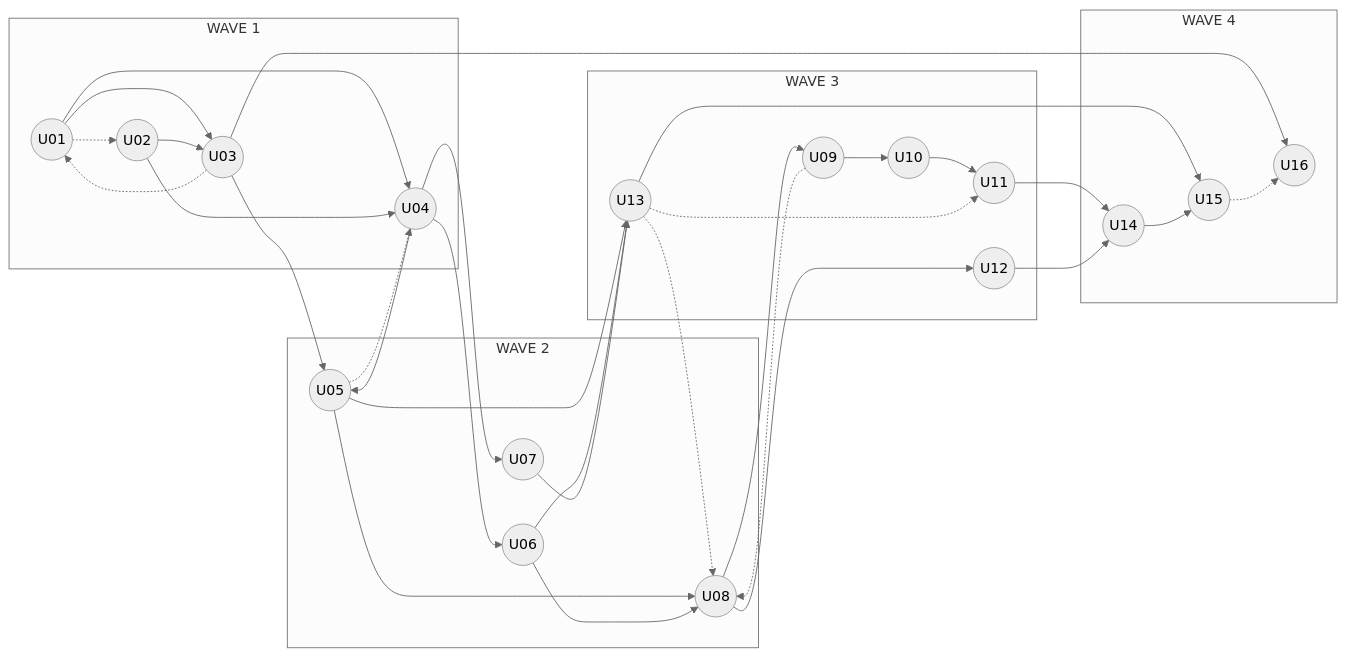
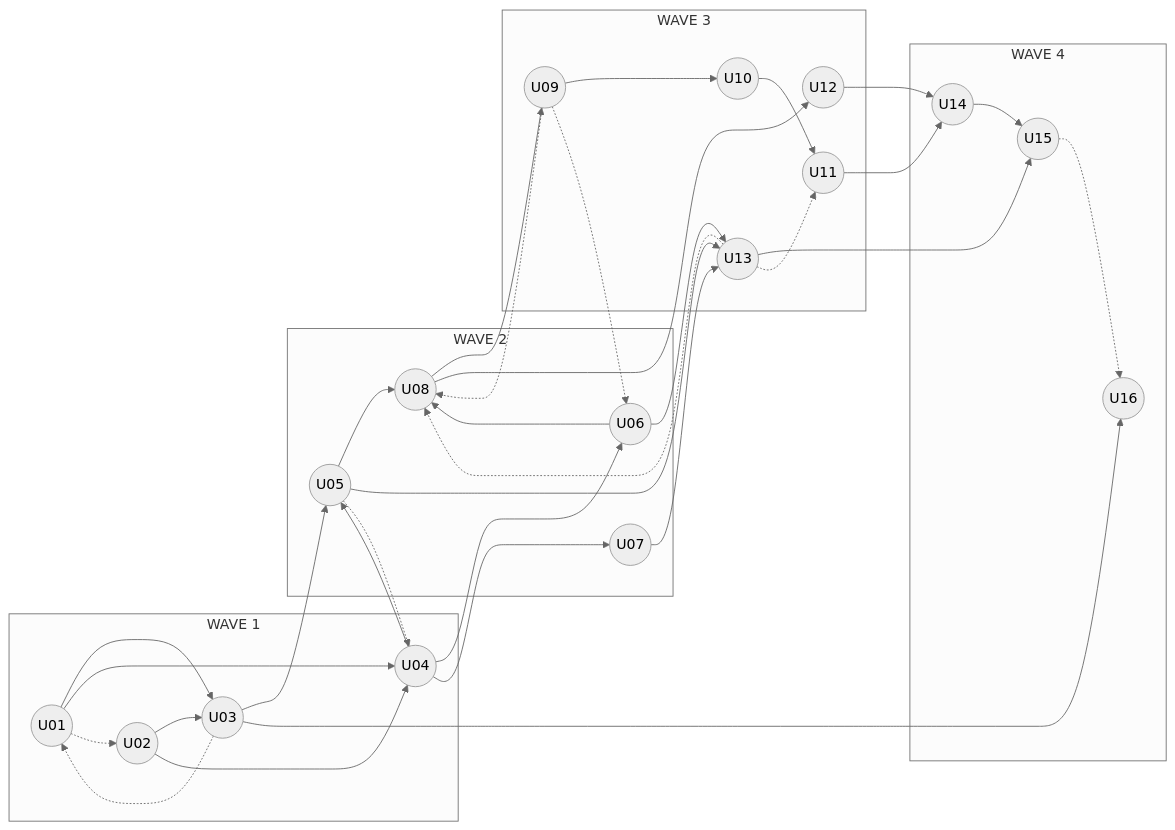
Before and after one commit to hygef-v4/AI-Powered-Learning-Platform: the diagram in aidlc-docs/inception/application-design/unit-of-work-dependency.md, drawn with Mermaid (neutral theme). The commit also changed other lines of this file and 38 other files, not shown here.

````diff
--- a/aidlc-docs/inception/application-design/unit-of-work-dependency.md
+++ b/aidlc-docs/inception/application-design/unit-of-work-dependency.md
@@ -30,58 +30,59 @@
 ```mermaid
 flowchart LR
     subgraph W1["WAVE 1"]
         U01((U01))
         U02((U02))
         U03((U03))
         U04((U04))
     end
     subgraph W2["WAVE 2"]
         U05((U05))
         U06((U06))
         U07((U07))
         U08((U08))
     end
     subgraph W3["WAVE 3"]
         U09((U09))
         U10((U10))
         U11((U11))
         U12((U12))
         U13((U13))
     end
     subgraph W4["WAVE 4"]
         U14((U14))
         U15((U15))
         U16((U16))
     end
 
     U01 --> U03
     U01 --> U04
     U02 --> U03
     U02 --> U04
     U03 --> U05
     U04 --> U05
     U04 --> U06
     U04 --> U07
     U05 --> U08
     U06 --> U08
     U05 --> U13
     U06 --> U13
     U07 --> U13
     U08 --> U09
     U08 --> U12
     U09 --> U10
     U10 --> U11
     U11 --> U14
     U12 --> U14
     U13 --> U15
     U14 --> U15
     U03 --> U16
 
     U01 -.-> U02
     U03 -.-> U01
     U05 -.-> U04
     U13 -.-> U08
     U09 -.-> U08
+    U09 -.-> U06
     U13 -.-> U11
     U15 -.-> U16
 ```
````
